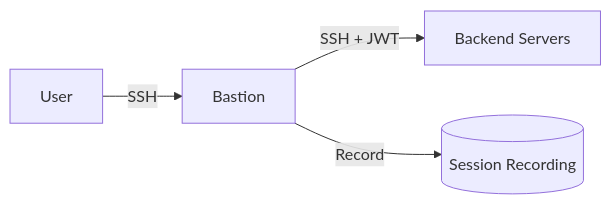
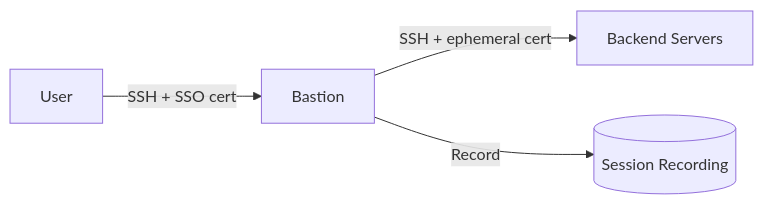
One commit to linagora/open-bastion changed the second of 4 diagrams in doc/admin-guide.md. Above: the diagram before and after it, drawn with Mermaid. The commit also changed other lines of this file and 6 other files, not shown here.

First line of the commit message:
docs(cert-vouching): replace bastion JWT with certificate vouching across docs

````diff
--- a/doc/admin-guide.md
+++ b/doc/admin-guide.md
@@ -146,6 +146,6 @@
 ```mermaid
 flowchart LR
-    User -->|SSH| Bastion
-    Bastion -->|SSH + JWT| Backend[Backend Servers]
+    User -->|SSH + SSO cert| Bastion
+    Bastion -->|SSH + ephemeral cert| Backend[Backend Servers]
     Bastion -->|Record| Sessions[(Session Recording)]
 ```
````
